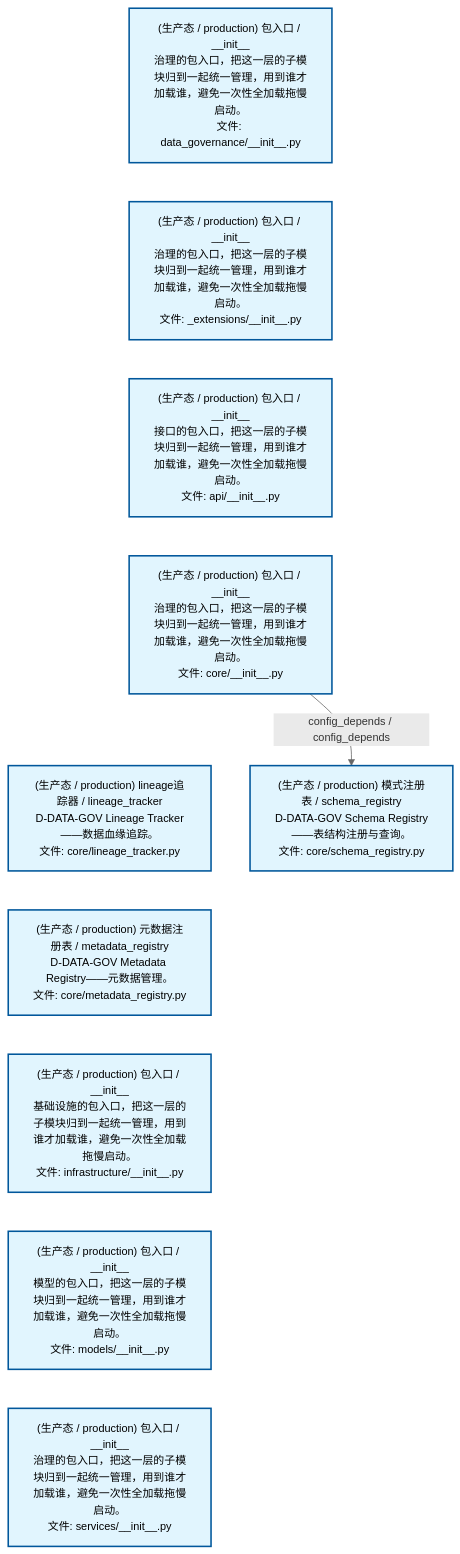
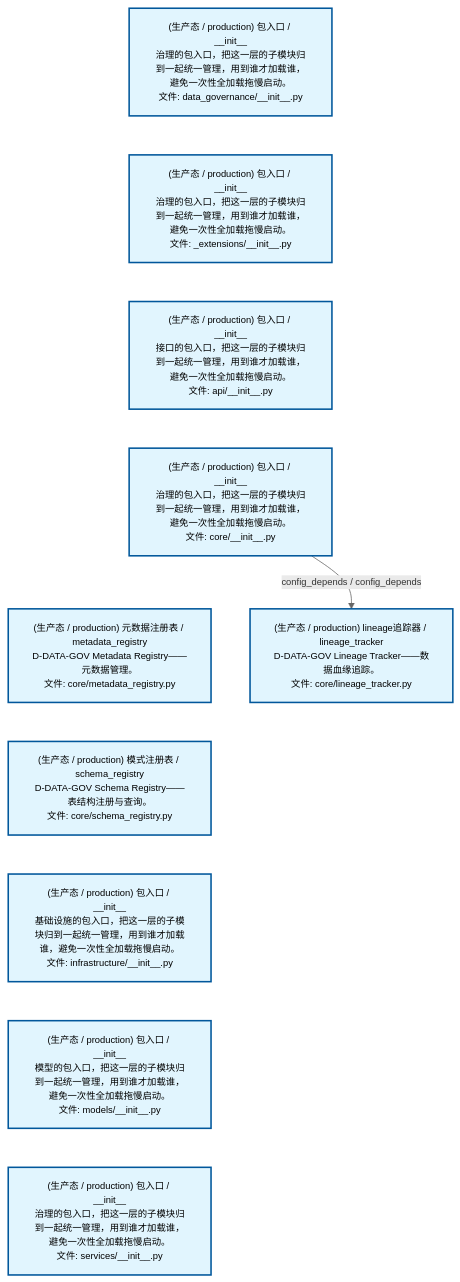
One commit to xuanFelixVan/ZephyrAlpha changed the second of 2 diagrams in docs/02_enterprise_architecture/02_domain_architecture_docs/13_d_data_gov.md. Above: the diagram before and after it, drawn with Mermaid. The commit also changed other lines of this file and 62 other files, not shown here.

````diff
--- a/docs/02_enterprise_architecture/02_domain_architecture_docs/13_d_data_gov.md
+++ b/docs/02_enterprise_architecture/02_domain_architecture_docs/13_d_data_gov.md
@@ -86,28 +86,28 @@
 ```mermaid
-%%{init: {'theme': 'base', 'themeVariables': {'primaryColor': '#eaeaea', 'primaryTextColor': '#333333', 'primaryBorderColor': '#666666', 'lineColor': '#666666', 'secondaryColor': '#eaeaea', 'tertiaryColor': '#eaeaea', 'fontSize': '14px'}}}%%
+%%{init: {'theme': 'base', 'themeVariables': {'primaryColor': '#eaeaea', 'primaryTextColor': '#333333', 'primaryBorderColor': '#666666', 'lineColor': '#666666', 'secondaryColor': '#eaeaea', 'tertiaryColor': '#eaeaea', 'fontSize': '12px'}}}%%
 flowchart TD
     src_zephyr_data_governance_init_py["(生产态 / production) 包入口 / __init__<br/>治理的包入口，把这一层的子模块归到一起统一管理，用到谁才加载谁，避免一次性全加载拖慢启动。<br/>文件: data_governance/__init__.py"]
     src_zephyr_data_governance_extensions_init_py["(生产态 / production) 包入口 / __init__<br/>治理的包入口，把这一层的子模块归到一起统一管理，用到谁才加载谁，避免一次性全加载拖慢启动。<br/>文件: _extensions/__init__.py"]
     src_zephyr_data_governance_api_init_py["(生产态 / production) 包入口 / __init__<br/>接口的包入口，把这一层的子模块归到一起统一管理，用到谁才加载谁，避免一次性全加载拖慢启动。<br/>文件: api/__init__.py"]
     src_zephyr_data_governance_core_init_py["(生产态 / production) 包入口 / __init__<br/>治理的包入口，把这一层的子模块归到一起统一管理，用到谁才加载谁，避免一次性全加载拖慢启动。<br/>文件: core/__init__.py"]
-    src_zephyr_data_governance_core_lineage_tracker_py["(生产态 / production) lineage追踪器 / lineage_tracker<br/>D-DATA-GOV Lineage Tracker——数据血缘追踪。<br/>文件: core/lineage_tracker.py"]
     src_zephyr_data_governance_core_metadata_registry_py["(生产态 / production) 元数据注册表 / metadata_registry<br/>D-DATA-GOV Metadata Registry——元数据管理。<br/>文件: core/metadata_registry.py"]
+    src_zephyr_data_governance_core_schema_registry_py["(生产态 / production) 模式注册表 / schema_registry<br/>D-DATA-GOV Schema Registry——表结构注册与查询。<br/>文件: core/schema_registry.py"]
     src_zephyr_data_governance_infrastructure_init_py["(生产态 / production) 包入口 / __init__<br/>基础设施的包入口，把这一层的子模块归到一起统一管理，用到谁才加载谁，避免一次性全加载拖慢启动。<br/>文件: infrastructure/__init__.py"]
     src_zephyr_data_governance_models_init_py["(生产态 / production) 包入口 / __init__<br/>模型的包入口，把这一层的子模块归到一起统一管理，用到谁才加载谁，避免一次性全加载拖慢启动。<br/>文件: models/__init__.py"]
     src_zephyr_data_governance_services_init_py["(生产态 / production) 包入口 / __init__<br/>治理的包入口，把这一层的子模块归到一起统一管理，用到谁才加载谁，避免一次性全加载拖慢启动。<br/>文件: services/__init__.py"]
     src_zephyr_data_governance_init_py ~~~ src_zephyr_data_governance_extensions_init_py
     src_zephyr_data_governance_extensions_init_py ~~~ src_zephyr_data_governance_api_init_py
     src_zephyr_data_governance_api_init_py ~~~ src_zephyr_data_governance_core_init_py
-    src_zephyr_data_governance_core_init_py ~~~ src_zephyr_data_governance_core_lineage_tracker_py
-    src_zephyr_data_governance_core_lineage_tracker_py ~~~ src_zephyr_data_governance_core_metadata_registry_py
-    src_zephyr_data_governance_core_metadata_registry_py ~~~ src_zephyr_data_governance_infrastructure_init_py
+    src_zephyr_data_governance_core_init_py ~~~ src_zephyr_data_governance_core_metadata_registry_py
+    src_zephyr_data_governance_core_metadata_registry_py ~~~ src_zephyr_data_governance_core_schema_registry_py
+    src_zephyr_data_governance_core_schema_registry_py ~~~ src_zephyr_data_governance_infrastructure_init_py
     src_zephyr_data_governance_infrastructure_init_py ~~~ src_zephyr_data_governance_models_init_py
     src_zephyr_data_governance_models_init_py ~~~ src_zephyr_data_governance_services_init_py
-    src_zephyr_data_governance_core_schema_registry_py["(生产态 / production) 模式注册表 / schema_registry<br/>D-DATA-GOV Schema Registry——表结构注册与查询。<br/>文件: core/schema_registry.py"]
-    src_zephyr_data_governance_core_init_py -->|config_depends / config_depends| src_zephyr_data_governance_core_schema_registry_py
+    src_zephyr_data_governance_core_lineage_tracker_py["(生产态 / production) lineage追踪器 / lineage_tracker<br/>D-DATA-GOV Lineage Tracker——数据血缘追踪。<br/>文件: core/lineage_tracker.py"]
+    src_zephyr_data_governance_core_init_py -->|config_depends / config_depends| src_zephyr_data_governance_core_lineage_tracker_py
     classDef production fill:#e1f5fe,stroke:#01579b,stroke-width:2px,color:#000
     classDef design fill:#fff3e0,stroke:#e65100,stroke-width:2px,color:#000,stroke-dasharray: 5 5
     classDef external_prod fill:#e8f4fd,stroke:#0277bd,stroke-width:1px,color:#000
     classDef external_design fill:#fff8e7,stroke:#ef6c00,stroke-width:1px,color:#000,stroke-dasharray: 5 5
     class src_zephyr_data_governance_init_py,src_zephyr_data_governance_extensions_init_py,src_zephyr_data_governance_api_init_py,src_zephyr_data_governance_core_init_py,src_zephyr_data_governance_core_lineage_tracker_py,src_zephyr_data_governance_core_metadata_registry_py,src_zephyr_data_governance_core_schema_registry_py,src_zephyr_data_governance_infrastructure_init_py,src_zephyr_data_governance_models_init_py,src_zephyr_data_governance_services_init_py production
 ```
````
